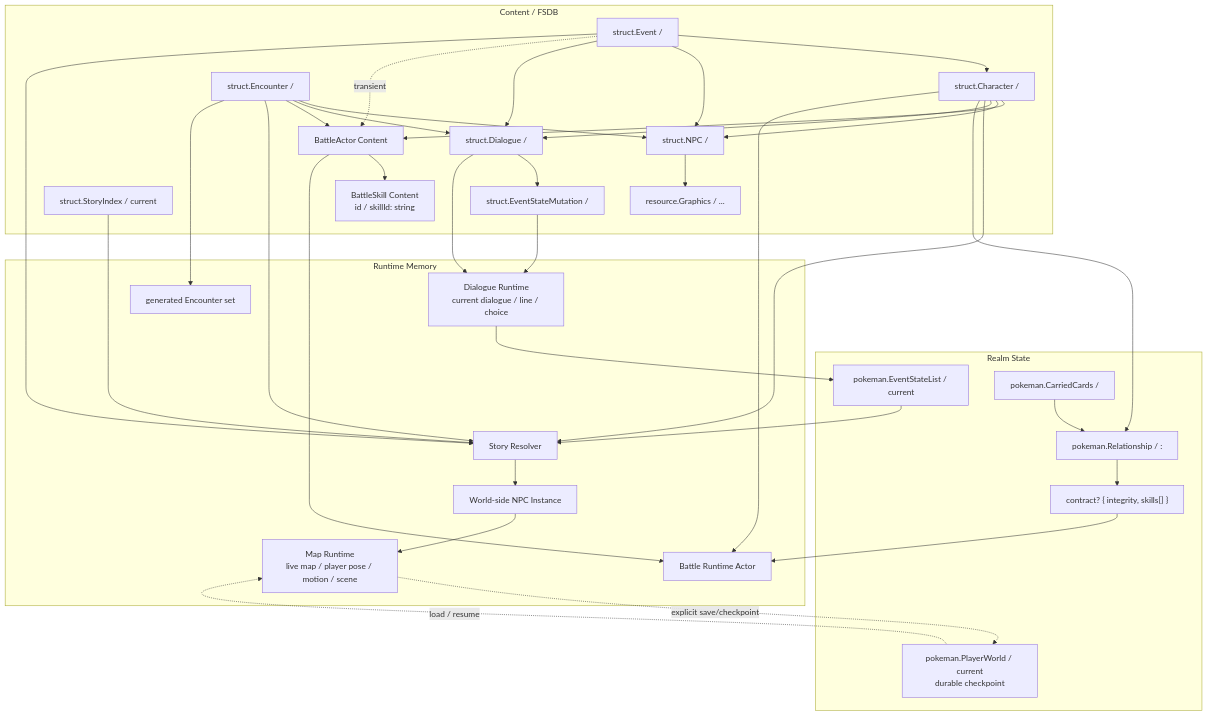
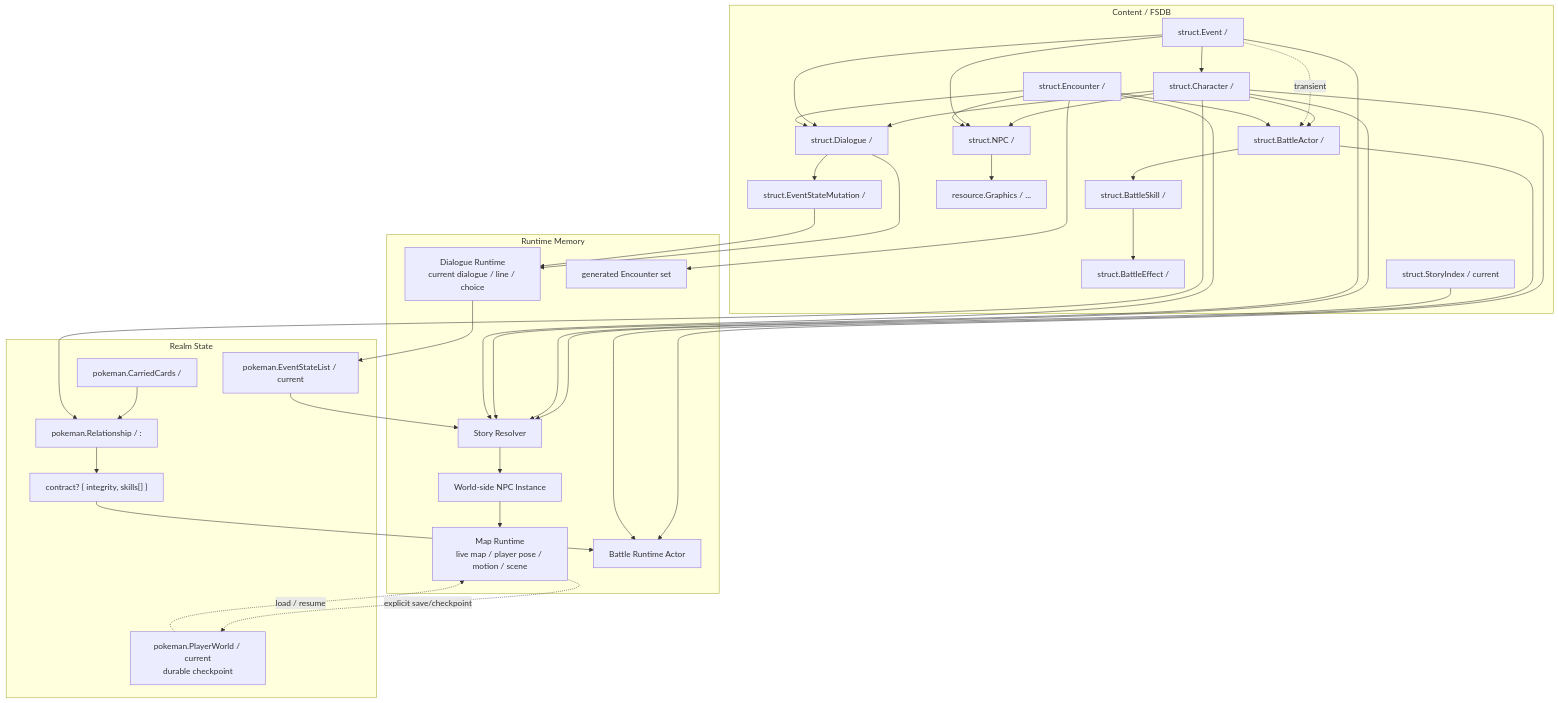
The first of 11 diagrams in examples/PokeMan/doc/65-data-model-diagram.md (lithdoo/loom-realm), drawn with Mermaid before and after one commit. The commit also changed other lines of this file, not shown here.

Commit message:
docs(PokeMan): sync data model diagram

````diff
--- a/examples/PokeMan/doc/65-data-model-diagram.md
+++ b/examples/PokeMan/doc/65-data-model-diagram.md
@@ -7,70 +7,72 @@
 ```mermaid
 flowchart TB
   subgraph Content[Content / FSDB]
     Character["struct.Character / <characterId>"]
     NPC["struct.NPC / <npcId>"]
+    BattleActor["struct.BattleActor / <battleActorId>"]
+    BattleSkill["struct.BattleSkill / <battleSkillId>"]
+    BattleEffect["struct.BattleEffect / <battleEffectId>"]
     Dialogue["struct.Dialogue / <dialogueId>"]
     Event["struct.Event / <eventId>"]
     Mutation["struct.EventStateMutation / <mutationId>"]
     Encounter["struct.Encounter / <mapId>"]
     StoryIndex["struct.StoryIndex / current"]
     Graphics["resource.Graphics / ..."]
-    BattleActor["BattleActor Content"]
-    BattleSkill["BattleSkill Content\nid / skillId: string"]
   end
 
   subgraph State[Realm State]
     PlayerWorld["pokeman.PlayerWorld / current\ndurable checkpoint"]
     EventStateList["pokeman.EventStateList / current"]
     Relationship["pokeman.Relationship / <from>:<to>"]
     Contract["contract? { integrity, skills[] }"]
     Carried["pokeman.CarriedCards / <holder>"]
   end
 
   subgraph Runtime[Runtime Memory]
     StoryResolver["Story Resolver"]
     NPCInstance["World-side NPC Instance"]
     MapRuntime["Map Runtime\nlive map / player pose / motion / scene"]
     DialogueRuntime["Dialogue Runtime\ncurrent dialogue / line / choice"]
     BattleRuntime["Battle Runtime Actor"]
     EncounterRuntime["generated Encounter set"]
   end
 
   NPC --> Graphics
   Character --> BattleActor
   BattleActor --> BattleSkill
+  BattleSkill --> BattleEffect
   Character --> NPC
   Character --> Dialogue
 
   Dialogue --> Mutation
   Event --> Character
   Event --> NPC
   Event --> Dialogue
   Event -. transient .-> BattleActor
   Encounter --> NPC
   Encounter --> Dialogue
   Encounter --> BattleActor
 
   EventStateList --> StoryResolver
   StoryIndex --> StoryResolver
   Character --> StoryResolver
   Event --> StoryResolver
   Encounter --> StoryResolver
   StoryResolver --> NPCInstance
   NPCInstance --> MapRuntime
 
   Relationship --> Contract
   Carried --> Relationship
   Character --> Relationship
   Contract --> BattleRuntime
   Character --> BattleRuntime
   BattleActor --> BattleRuntime
 
   Dialogue --> DialogueRuntime
   Mutation --> DialogueRuntime
   DialogueRuntime --> EventStateList
 
   MapRuntime -. explicit save/checkpoint .-> PlayerWorld
   PlayerWorld -. load / resume .-> MapRuntime
   Encounter --> EncounterRuntime
 ```
````
